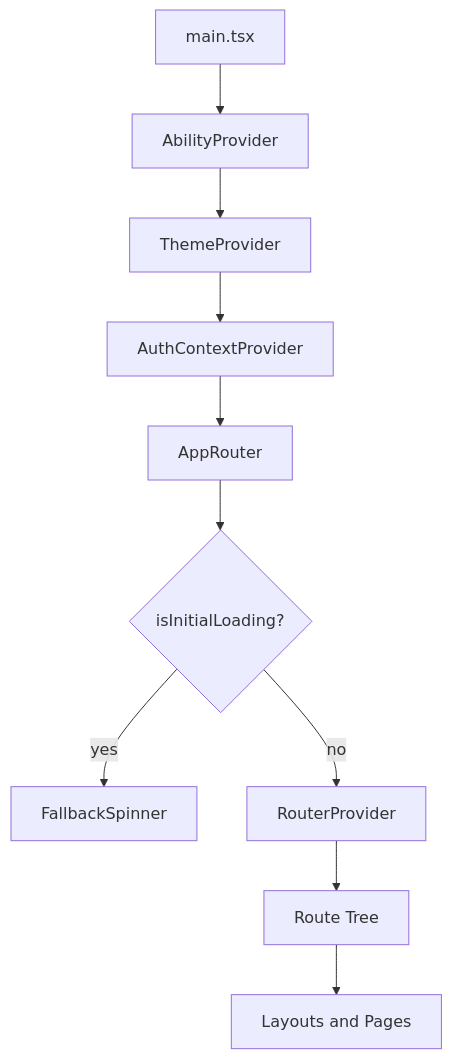
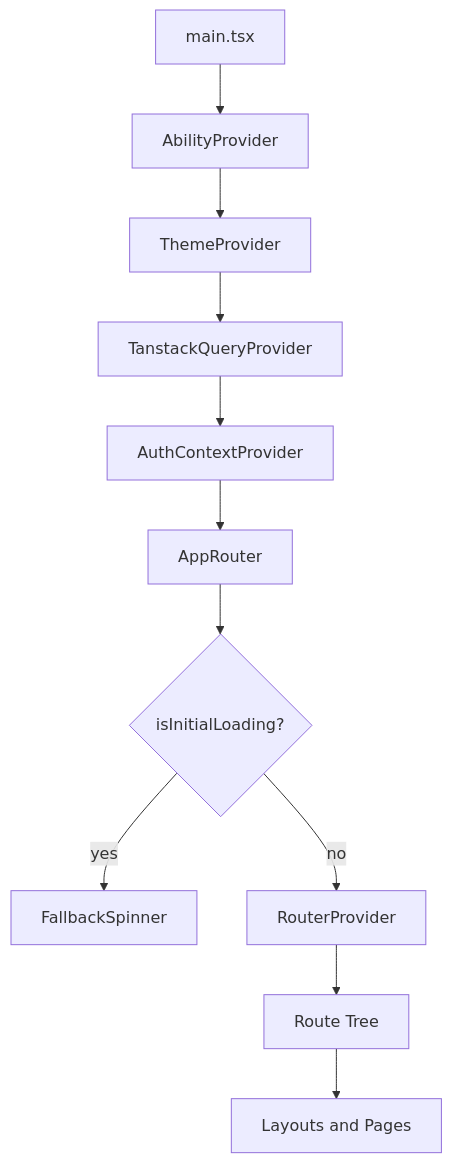
The diagram in frontend/ARCHITECTURE.md (dianerdiana/tooang), drawn with Mermaid before and after one commit. The commit also changed other lines of this file and 9 other files, not shown here.

Commit message:
feat: implement auth session management with TanStack Query integration and refactor auth context

````diff
--- a/frontend/ARCHITECTURE.md
+++ b/frontend/ARCHITECTURE.md
@@ -97,12 +98,13 @@
 ```mermaid
 flowchart TD
 	A[main.tsx] --> B[AbilityProvider]
 	B --> C[ThemeProvider]
-	C --> D[AuthContextProvider]
-	D --> E[AppRouter]
-	E --> F{isInitialLoading?}
-	F -- yes --> G[FallbackSpinner]
-	F -- no --> H[RouterProvider]
-	H --> I[Route Tree]
-	I --> J[Layouts and Pages]
+	C --> D[TanstackQueryProvider]
+	D --> E[AuthContextProvider]
+	E --> F[AppRouter]
+	F --> G{isInitialLoading?}
+	G -- yes --> H[FallbackSpinner]
+	G -- no --> I[RouterProvider]
+	I --> J[Route Tree]
+	J --> K[Layouts and Pages]
 ```
````
